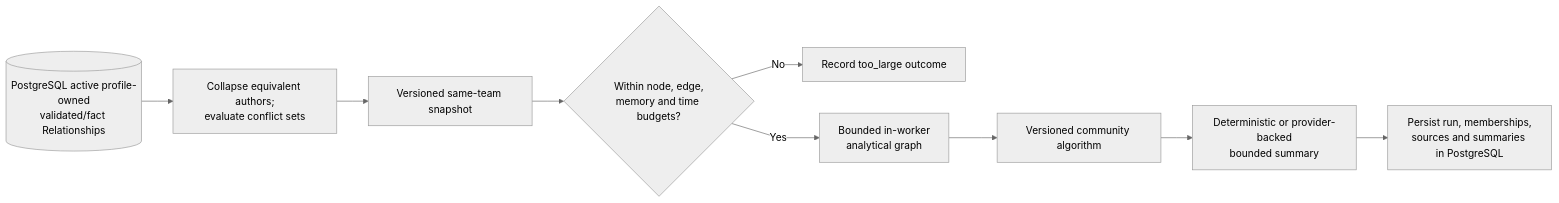
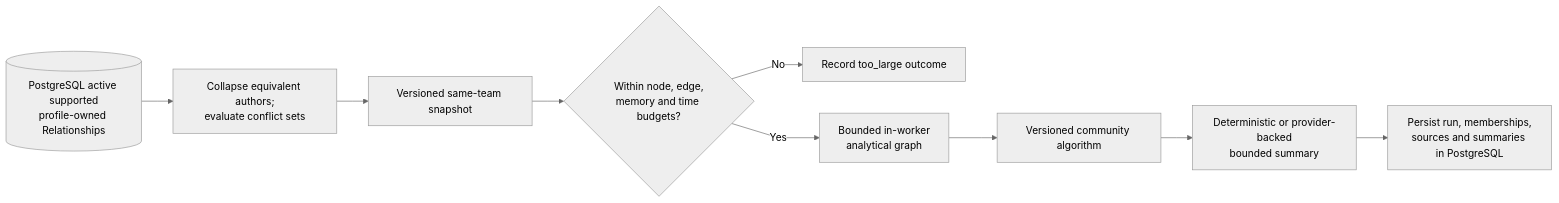
One commit to markhuangai/dense-mem changed the first of 4 diagrams in Community-And-Dreaming.md. Above: the diagram before and after it, drawn with Mermaid (neutral theme). The commit also changed other lines of this file and 27 other files, not shown here.

Commit message:
Document tier-free Relationship architecture

````diff
--- a/Community-And-Dreaming.md
+++ b/Community-And-Dreaming.md
@@ -12,12 +12,12 @@
 ```mermaid
 %%{init: {"flowchart": {"curve": "linear"}}}%%
 flowchart LR
-  PG[("PostgreSQL active profile-owned<br/>validated/fact Relationships")] --> Group["Collapse equivalent authors;<br/>evaluate conflict sets"]
+  PG[("PostgreSQL active supported<br/>profile-owned Relationships")] --> Group["Collapse equivalent authors;<br/>evaluate conflict sets"]
   Group --> Snapshot["Versioned same-team snapshot"]
   Snapshot --> Estimate{"Within node, edge,<br/>memory and time budgets?"}
   Estimate -- No --> Skip["Record too_large outcome"]
   Estimate -- Yes --> Graph["Bounded in-worker<br/>analytical graph"]
   Graph --> Detect["Versioned community algorithm"]
   Detect --> Summary["Deterministic or provider-backed<br/>bounded summary"]
   Summary --> Persist["Persist run, memberships,<br/>sources and summaries in PostgreSQL"]
 ```
````
